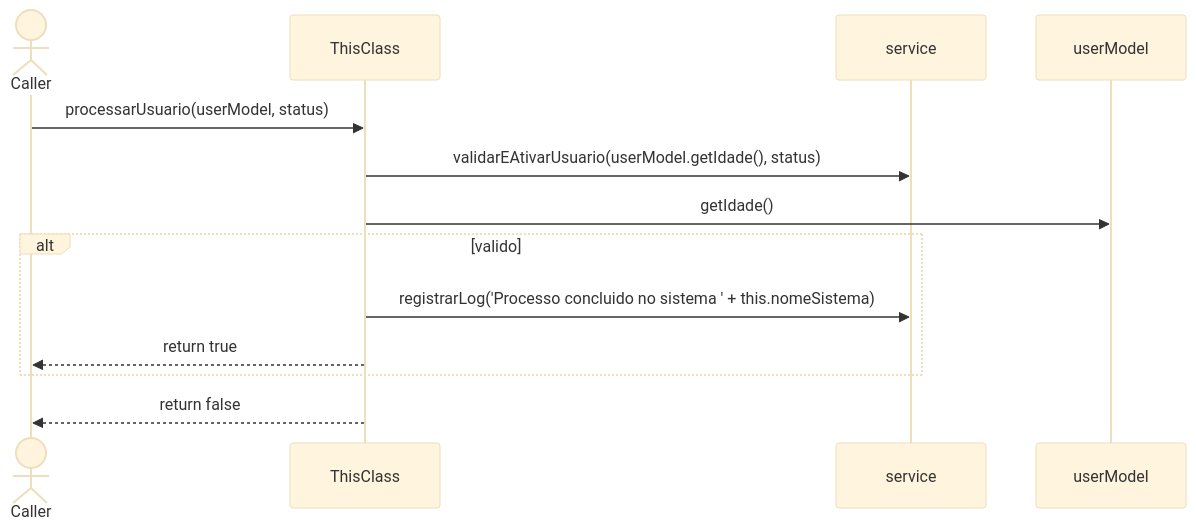
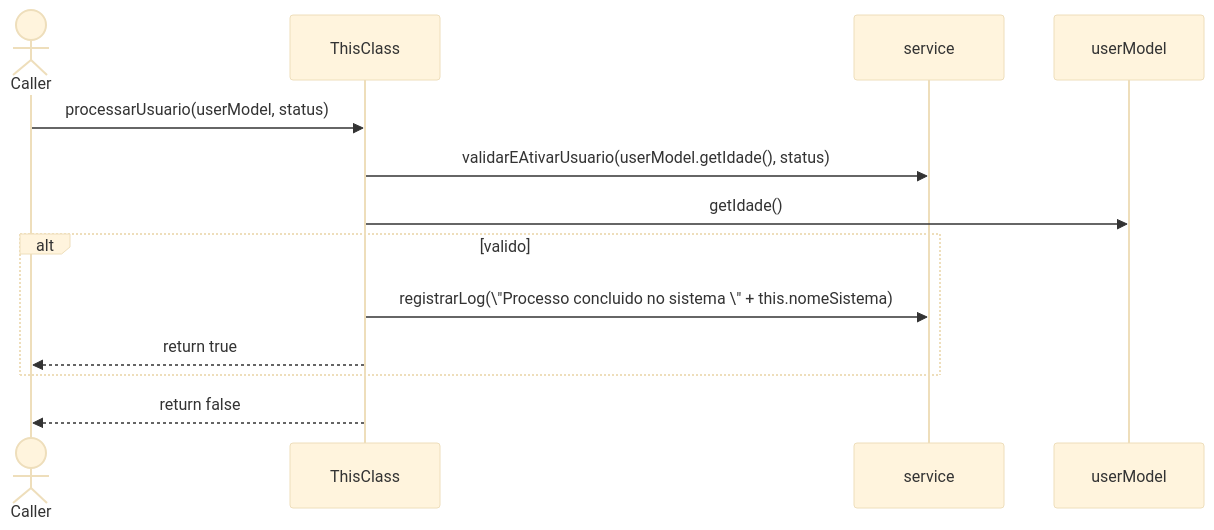
Before and after one commit to FelipeMCassiano/geanky: the third of 3 diagrams in docs/UsuarioController.md, drawn with Mermaid (base theme). The commit also changed 6 other files, not shown here.

````diff
--- a/docs/UsuarioController.md
+++ b/docs/UsuarioController.md
@@ -97,17 +97,17 @@
 ```mermaid
 sequenceDiagram
     actor Caller
     participant ThisClass
     participant service
     participant userModel
 
     Caller->>ThisClass: processarUsuario(userModel, status)
     ThisClass->>service: validarEAtivarUsuario(userModel.getIdade(), status)
     ThisClass->>userModel: getIdade()
     alt valido
-    ThisClass->>service: registrarLog('Processo concluido no sistema ' + this.nomeSistema)
+    ThisClass->>service: registrarLog(\"Processo concluido no sistema \" + this.nomeSistema)
     ThisClass-->>Caller: return true
     end
     ThisClass-->>Caller: return false
 
 ```
````
